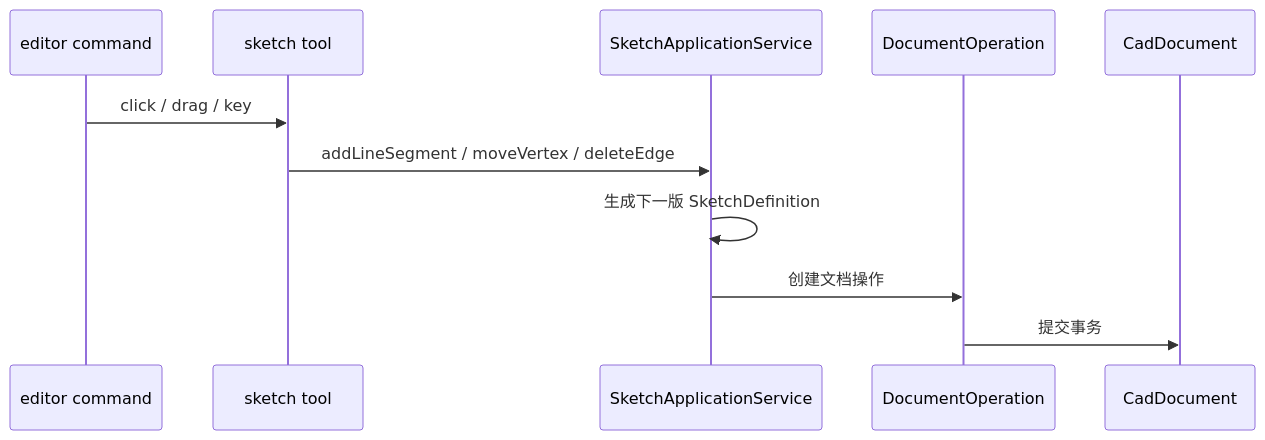
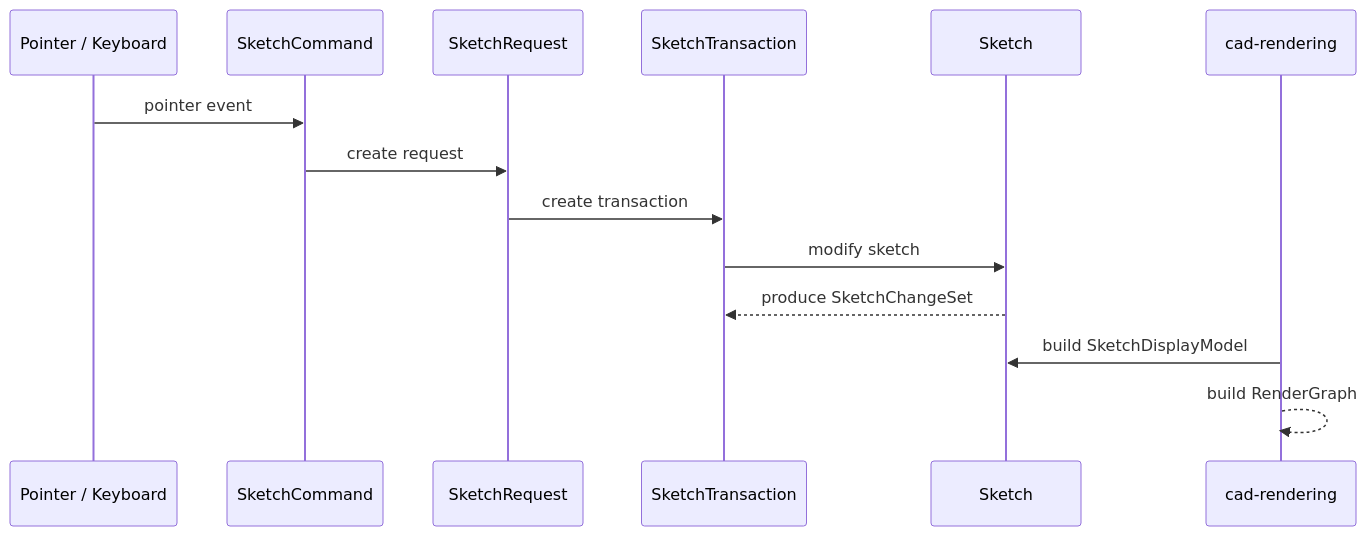
The third of 4 diagrams in docs/草图架构设计.md (genewanggang-sudo/occt-draw-web), drawn with Mermaid before and after one commit. The commit also changed other lines of this file and 3 other files, not shown here.

Commit message:
refactor(sketch): outline architecture foundation

````diff
--- a/docs/草图架构设计.md
+++ b/docs/草图架构设计.md
@@ -256,14 +58,17 @@
 ```mermaid
 sequenceDiagram
-  participant Cmd as editor command
-  participant Tool as sketch tool
-  participant Service as SketchApplicationService
-  participant Op as DocumentOperation
-  participant Doc as CadDocument
+  participant UI as Pointer / Keyboard
+  participant Command as SketchCommand
+  participant Request as SketchRequest
+  participant Tx as SketchTransaction
+  participant Sketch as Sketch
+  participant Renderer as cad-rendering
 
-  Cmd->>Tool: click / drag / key
-  Tool->>Service: addLineSegment / moveVertex / deleteEdge
-  Service->>Service: 生成下一版 SketchDefinition
-  Service->>Op: 创建文档操作
-  Op->>Doc: 提交事务
+  UI->>Command: pointer event
+  Command->>Request: create request
+  Request->>Tx: create transaction
+  Tx->>Sketch: modify sketch
+  Sketch-->>Tx: produce SketchChangeSet
+  Renderer->>Sketch: build SketchDisplayModel
+  Renderer-->>Renderer: build RenderGraph
 ```
````
